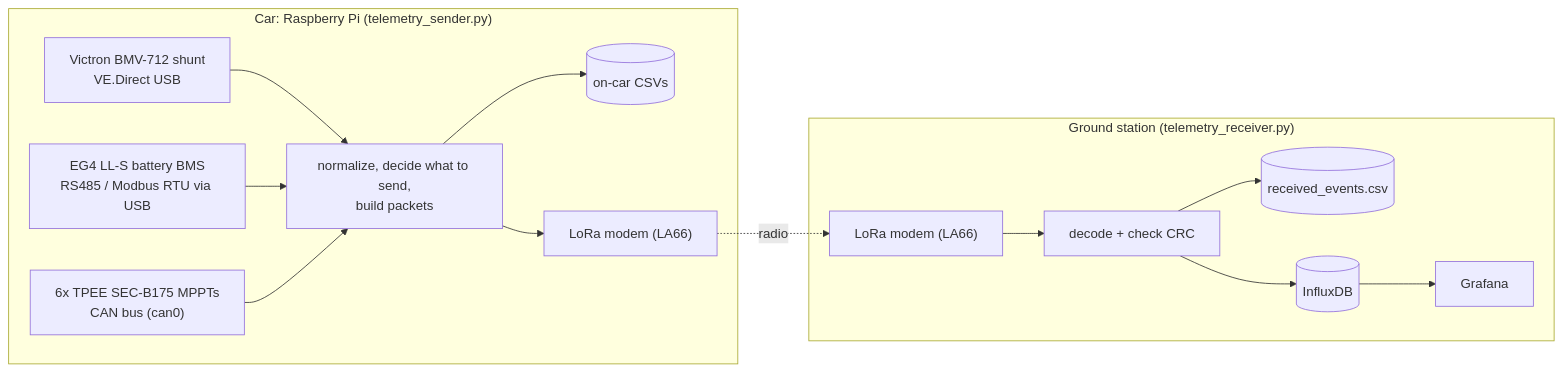
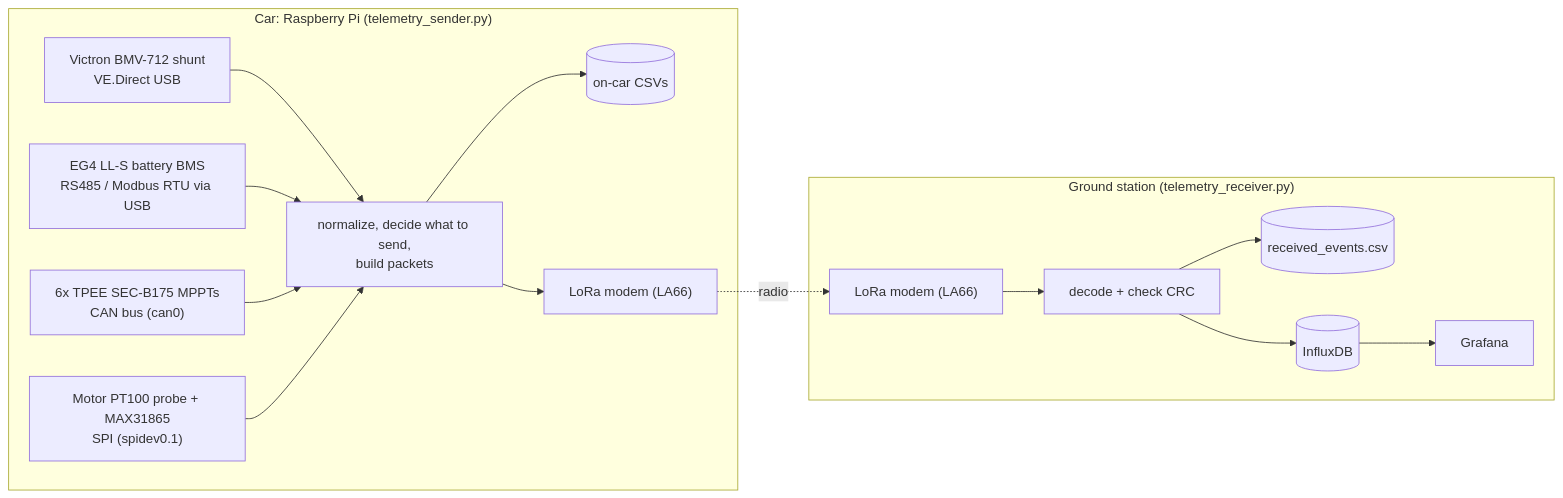
Before and after one commit to planogreenteam/telemetry_2026: the diagram in README.md, drawn with Mermaid. The commit also changed other lines of this file and 10 other files, not shown here.

First line of the commit message:
Add motor RTD temperature (PT100 via MAX31865) telemetry

````diff
--- a/README.md
+++ b/README.md
@@ -7,16 +7,17 @@
 ```mermaid
 flowchart LR
     subgraph Car["Car: Raspberry Pi (telemetry_sender.py)"]
         BMV["Victron BMV-712 shunt<br/>VE.Direct USB"] --> S
         BMS["EG4 LL-S battery BMS<br/>RS485 / Modbus RTU via USB"] --> S
         MPPT["6x TPEE SEC-B175 MPPTs<br/>CAN bus (can0)"] --> S
+        RTD["Motor PT100 probe + MAX31865<br/>SPI (spidev0.1)"] --> S
         S["normalize, decide what to send,<br/>build packets"] --> CSV1[("on-car CSVs")]
         S --> TX["LoRa modem (LA66)"]
     end
     TX -. radio .-> RX
     subgraph Ground["Ground station (telemetry_receiver.py)"]
         RX["LoRa modem (LA66)"] --> D["decode + check CRC"]
         D --> CSV2[("received_events.csv")]
         D --> INF[("InfluxDB")] --> G["Grafana"]
     end
 ```
````
